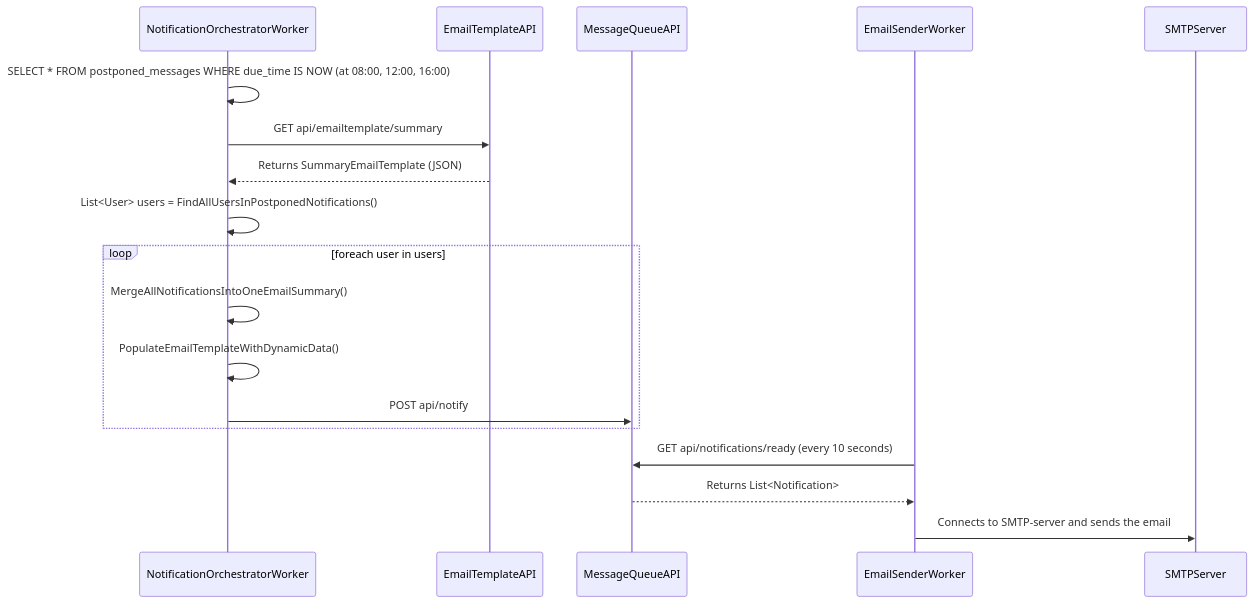
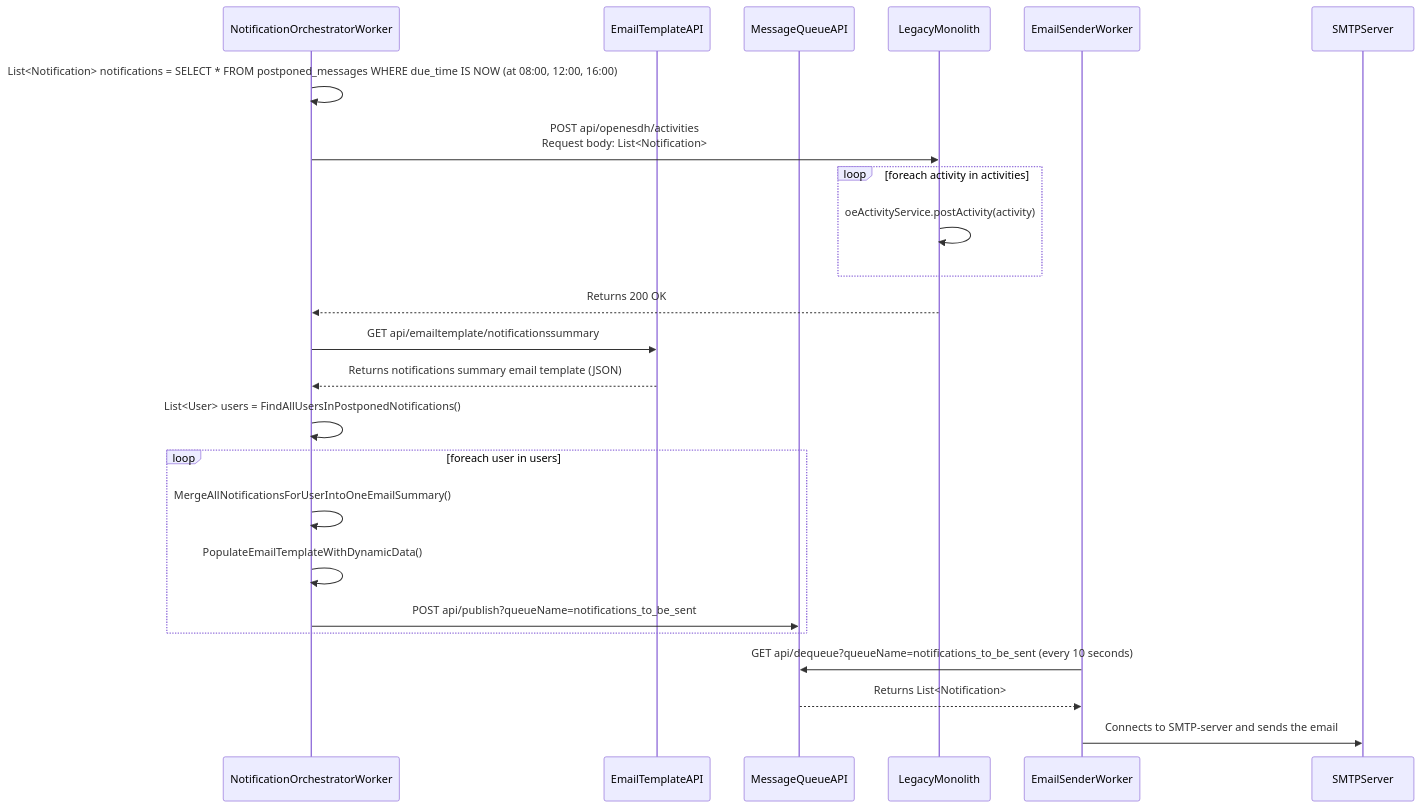
The fourth of 4 diagrams in Diagrams/SequenceDiagrams.md (rasmusulriksen/BachelorsProject), drawn with Mermaid before and after one commit. The commit also changed other lines of this file and 4 other files, not shown here.

````diff
--- a/Diagrams/SequenceDiagrams.md
+++ b/Diagrams/SequenceDiagrams.md
@@ -78,21 +80,27 @@
 ```mermaid
 sequenceDiagram
     participant NotificationOrchestratorWorker
     participant EmailTemplateAPI
     participant MessageQueueAPI
+    participant LegacyMonolith
     participant EmailSenderWorker
     participant SMTPServer
 
-    NotificationOrchestratorWorker->>NotificationOrchestratorWorker: SELECT * FROM postponed_messages WHERE due_time IS NOW (at 08:00, 12:00, 16:00)
-    NotificationOrchestratorWorker->>EmailTemplateAPI: GET api/emailtemplate/summary
-    EmailTemplateAPI-->>NotificationOrchestratorWorker: Returns SummaryEmailTemplate (JSON)
+    NotificationOrchestratorWorker->>NotificationOrchestratorWorker: List<Notification> notifications = SELECT * FROM postponed_messages WHERE due_time IS NOW (at 08:00, 12:00, 16:00)
+    NotificationOrchestratorWorker->>LegacyMonolith: POST api/openesdh/activities <br> Request body: List<Notification>
+    loop foreach activity in activities
+        LegacyMonolith->>LegacyMonolith: oeActivityService.postActivity(activity)
+    end
+    LegacyMonolith-->>NotificationOrchestratorWorker: Returns 200 OK
+    NotificationOrchestratorWorker->>EmailTemplateAPI: GET api/emailtemplate/notificationssummary
+    EmailTemplateAPI-->>NotificationOrchestratorWorker: Returns notifications summary email template (JSON)
     NotificationOrchestratorWorker->>NotificationOrchestratorWorker: List<User> users = FindAllUsersInPostponedNotifications()
     loop foreach user in users
-        NotificationOrchestratorWorker->>NotificationOrchestratorWorker: MergeAllNotificationsIntoOneEmailSummary()
+        NotificationOrchestratorWorker->>NotificationOrchestratorWorker: MergeAllNotificationsForUserIntoOneEmailSummary()
         NotificationOrchestratorWorker->>NotificationOrchestratorWorker: PopulateEmailTemplateWithDynamicData()
-        NotificationOrchestratorWorker->>MessageQueueAPI: POST api/notify
+        NotificationOrchestratorWorker->>MessageQueueAPI: POST api/publish?queueName=notifications_to_be_sent
     end
-    EmailSenderWorker->>MessageQueueAPI: GET api/notifications/ready (every 10 seconds)
+    EmailSenderWorker->>MessageQueueAPI: GET api/dequeue?queueName=notifications_to_be_sent (every 10 seconds)
     MessageQueueAPI-->>EmailSenderWorker: Returns List<Notification>
     EmailSenderWorker->>SMTPServer: Connects to SMTP-server and sends the email
 ```
````
